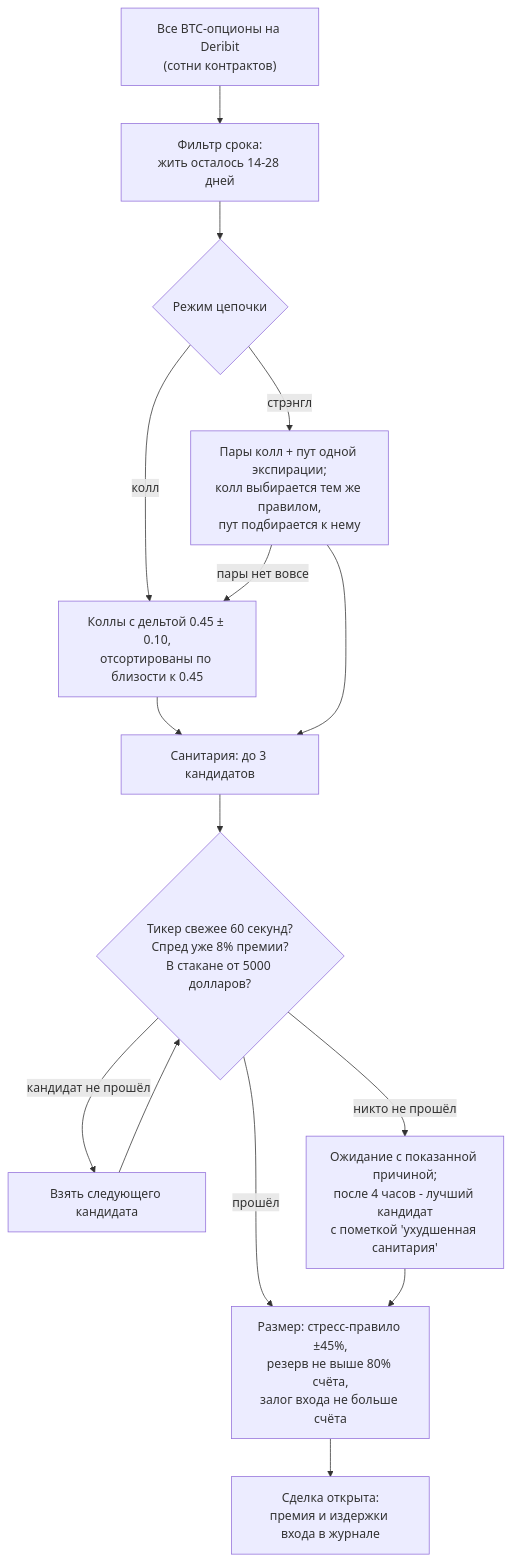
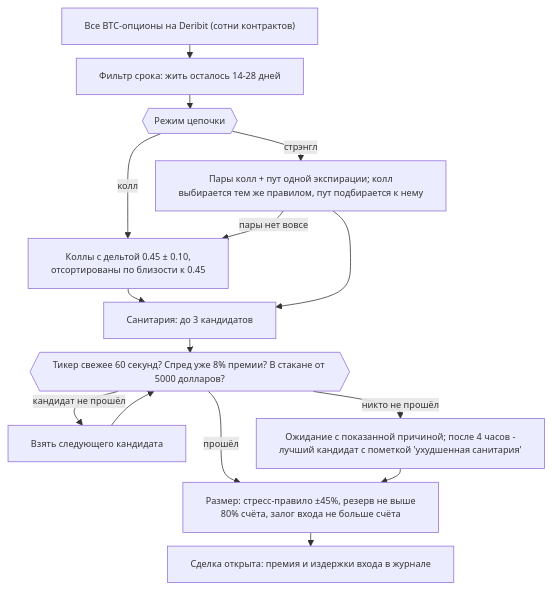
One commit to hamiltonalex/botLab changed the third of 6 diagrams in botLab-desktop/docs/bot2-btc-options-how-it-works.ru.md. Above: the diagram before and after it, drawn with Mermaid. The commit also changed other lines of this file and 1 other file, not shown here.

Commit message:
docs(btc-options): диаграммы цикла и воронки вписаны в вертикальный А4 - плоские решения и компактный init (ru/en)

````diff
--- a/botLab-desktop/docs/bot2-btc-options-how-it-works.ru.md
+++ b/botLab-desktop/docs/bot2-btc-options-how-it-works.ru.md
@@ -114,17 +115,18 @@
 ```mermaid
+%%{init: {"themeVariables": {"fontSize": "12px"}, "flowchart": {"nodeSpacing": 26, "rankSpacing": 18, "diagramPadding": 4, "wrappingWidth": 380}}}%%
 flowchart TD
-    A["Все BTC-опционы на Deribit<br/>(сотни контрактов)"] --> B["Фильтр срока:<br/>жить осталось 14-28 дней"]
-    B --> C{"Режим цепочки"}
+    A["Все BTC-опционы на Deribit (сотни контрактов)"] --> B["Фильтр срока: жить осталось 14-28 дней"]
+    B --> C{{"Режим цепочки"}}
     C -- "колл" --> D["Коллы с дельтой 0.45 ± 0.10,<br/>отсортированы по близости к 0.45"]
-    C -- "стрэнгл" --> E["Пары колл + пут одной экспирации;<br/>колл выбирается тем же правилом,<br/>пут подбирается к нему"]
+    C -- "стрэнгл" --> E["Пары колл + пут одной экспирации; колл<br/>выбирается тем же правилом, пут подбирается к нему"]
     E -- "пары нет вовсе" --> D
     D --> F["Санитария: до 3 кандидатов"]
     E --> F
-    F --> G{"Тикер свежее 60 секунд?<br/>Спред уже 8% премии?<br/>В стакане от 5000 долларов?"}
+    F --> G{{"Тикер свежее 60 секунд? Спред уже 8% премии? В стакане от 5000 долларов?"}}
     G -- "кандидат не прошёл" --> H["Взять следующего кандидата"]
     H --> G
-    G -- "никто не прошёл" --> I["Ожидание с показанной причиной;<br/>после 4 часов - лучший кандидат<br/>с пометкой 'ухудшенная санитария'"]
-    G -- "прошёл" --> J["Размер: стресс-правило ±45%,<br/>резерв не выше 80% счёта,<br/>залог входа не больше счёта"]
+    G -- "никто не прошёл" --> I["Ожидание с показанной причиной; после 4 часов -<br/>лучший кандидат с пометкой 'ухудшенная санитария'"]
+    G -- "прошёл" --> J["Размер: стресс-правило ±45%, резерв не выше<br/>80% счёта, залог входа не больше счёта"]
     I --> J
-    J --> K["Сделка открыта:<br/>премия и издержки входа в журнале"]
+    J --> K["Сделка открыта: премия и издержки входа в журнале"]
 ```
````
